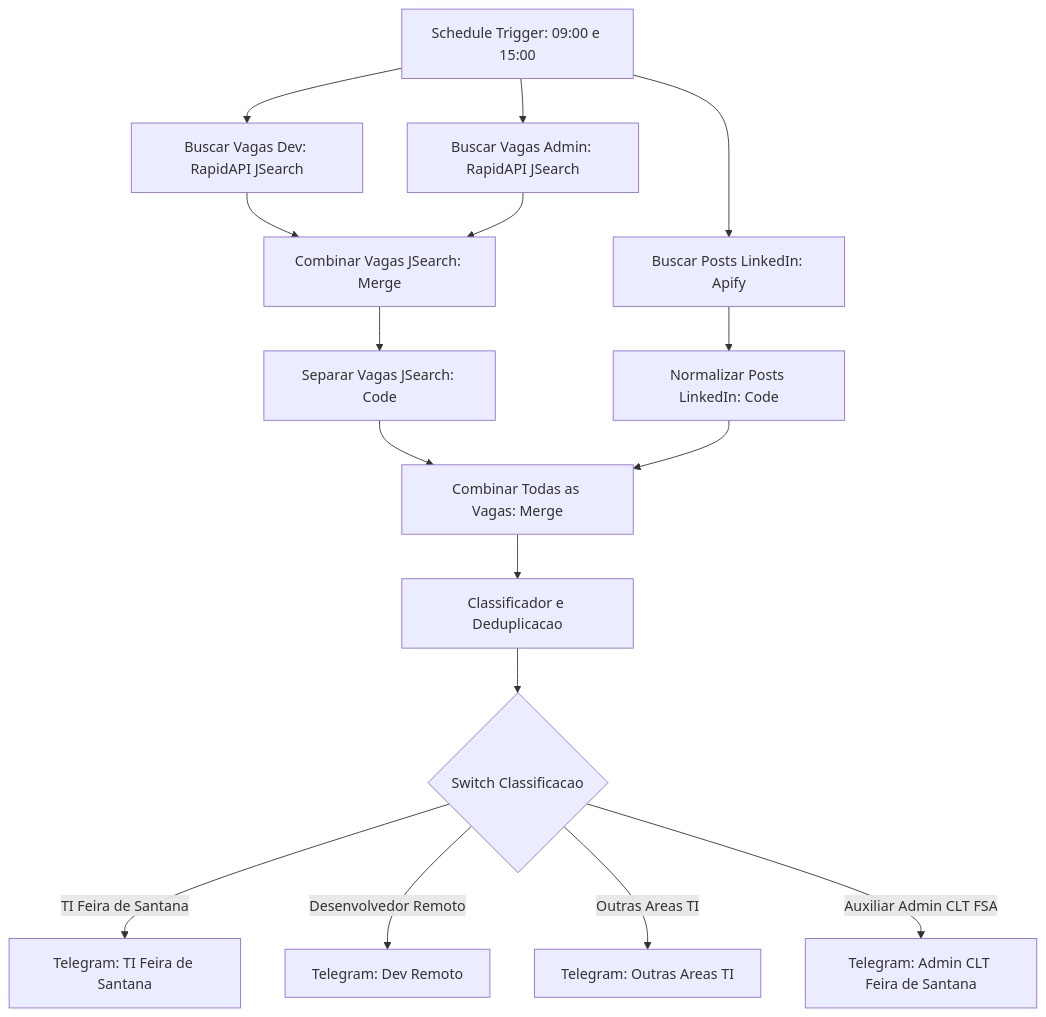
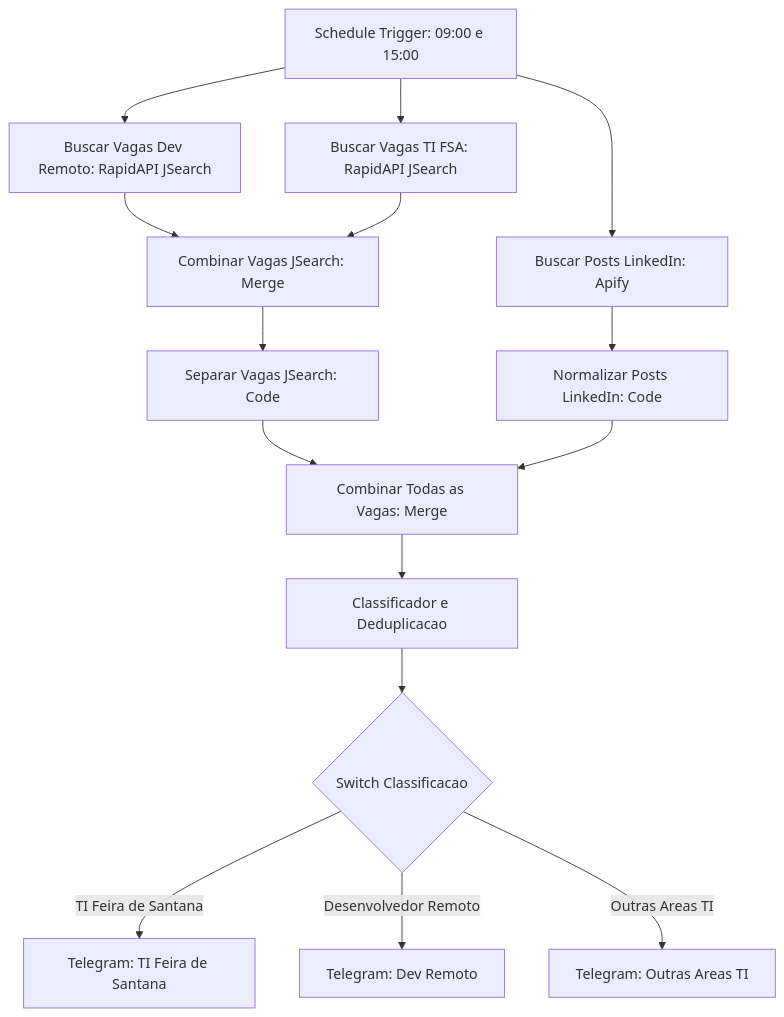
One commit to Jntgirardi/monitor-de-vagas-n8n changed the diagram in README.md. Above: the diagram before and after it, drawn with Mermaid. The commit also changed other lines of this file and 1 other file, not shown here.

Commit message:
feat: refatora monitor para foco exclusivo em vagas de ti

````diff
--- a/README.md
+++ b/README.md
@@ -7,23 +7,22 @@
 ```mermaid
 flowchart TD
-    Schedule["Schedule Trigger: 09:00 e 15:00"] --> FetchDev["Buscar Vagas Dev: RapidAPI JSearch"]
-    Schedule --> FetchAdmin["Buscar Vagas Admin: RapidAPI JSearch"]
+    Schedule["Schedule Trigger: 09:00 e 15:00"] --> FetchDev["Buscar Vagas Dev Remoto: RapidAPI JSearch"]
+    Schedule --> FetchTIFSA["Buscar Vagas TI FSA: RapidAPI JSearch"]
     Schedule --> FetchLI["Buscar Posts LinkedIn: Apify"]
     
     FetchDev --> MergeJS["Combinar Vagas JSearch: Merge"]
-    FetchAdmin --> MergeJS
+    FetchTIFSA --> MergeJS
     
     MergeJS --> SplitJS["Separar Vagas JSearch: Code"]
     FetchLI --> NormLI["Normalizar Posts LinkedIn: Code"]
     
     SplitJS --> MergeAll["Combinar Todas as Vagas: Merge"]
     NormLI --> MergeAll
     
     MergeAll --> Classifier["Classificador e Deduplicacao"]
     Classifier --> Switch{"Switch Classificacao"}
     
     Switch -->|TI Feira de Santana| TG1["Telegram: TI Feira de Santana"]
     Switch -->|Desenvolvedor Remoto| TG2["Telegram: Dev Remoto"]
     Switch -->|Outras Areas TI| TG3["Telegram: Outras Areas TI"]
-    Switch -->|Auxiliar Admin CLT FSA| TG4["Telegram: Admin CLT Feira de Santana"]
 ```
````
